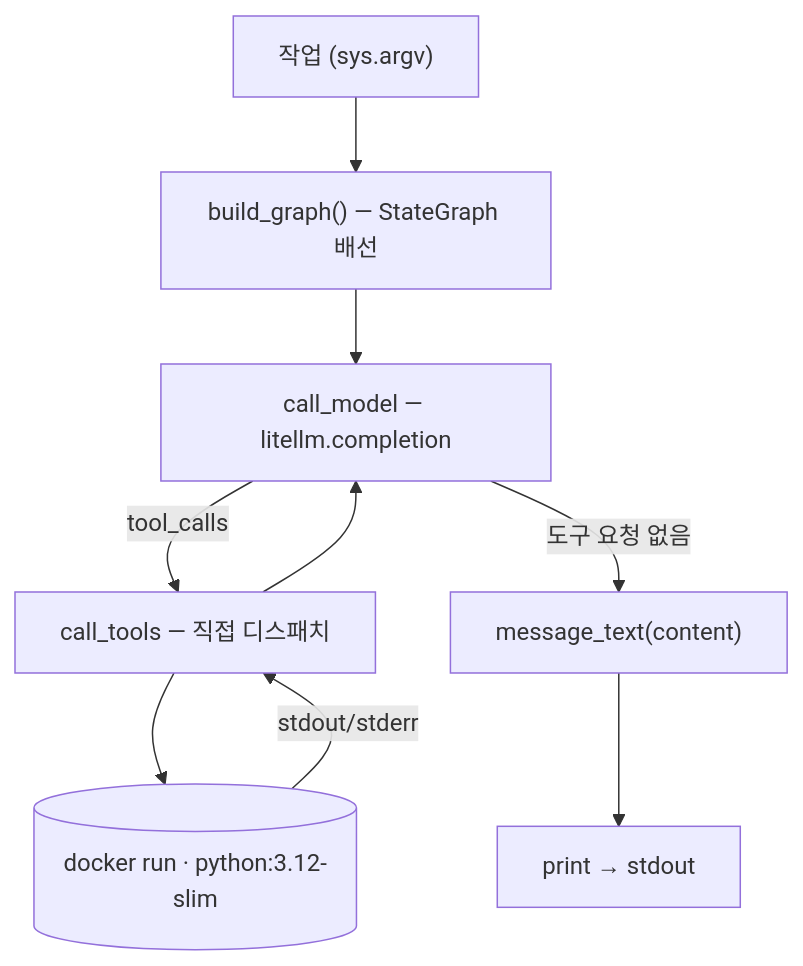
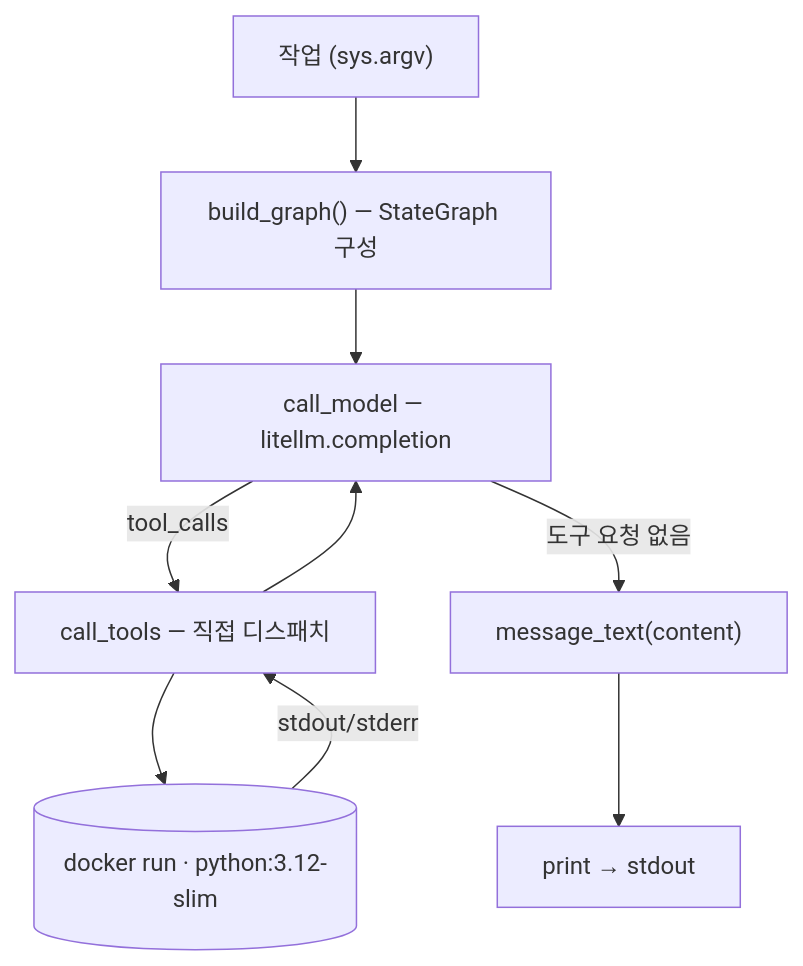
Before and after one commit to CodeCompose7/awesome-ai-stack: the fourth of 5 diagrams in src/content/articles/ko/code-sandbox-agent-direct.mdx, drawn with Mermaid. The commit also changed other lines of this file and 10 other files, not shown here.

````diff
--- a/src/content/articles/ko/code-sandbox-agent-direct.mdx
+++ b/src/content/articles/ko/code-sandbox-agent-direct.mdx
@@ -144,14 +144,14 @@
 ```mermaid
 flowchart TB
-  q["작업 (sys.argv)"] --> build["build_graph() — StateGraph 배선"]
+  q["작업 (sys.argv)"] --> build["build_graph() — StateGraph 구성"]
   build --> model["call_model — litellm.completion"]
   model -- tool_calls --> tools["call_tools — 직접 디스패치"]
   tools --> dock[("docker run · python:3.12-slim")]
   dock -- stdout/stderr --> tools
   tools --> model
   model -- 도구 요청 없음 --> msg["message_text(content)"]
   msg --> out["print → stdout"]
   class model roleModel
   class tools roleFocus
   class dock roleSource
 ```
````
